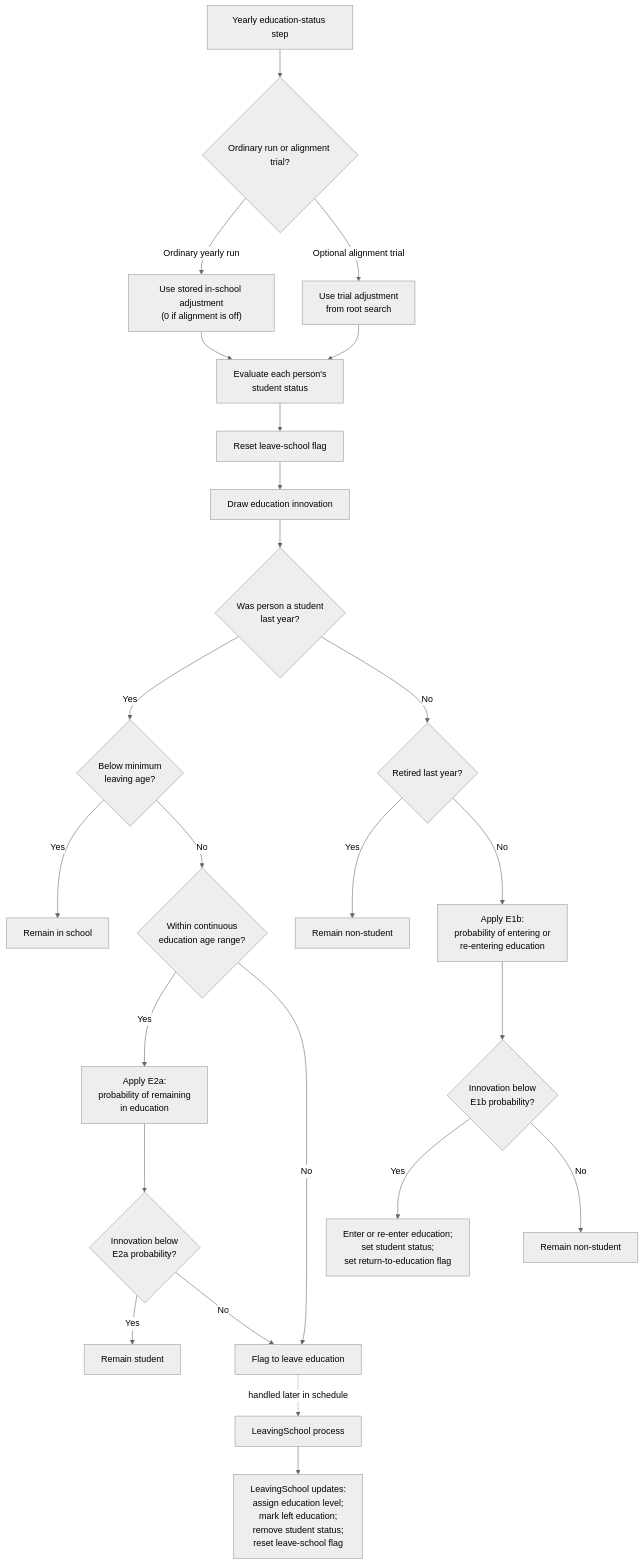
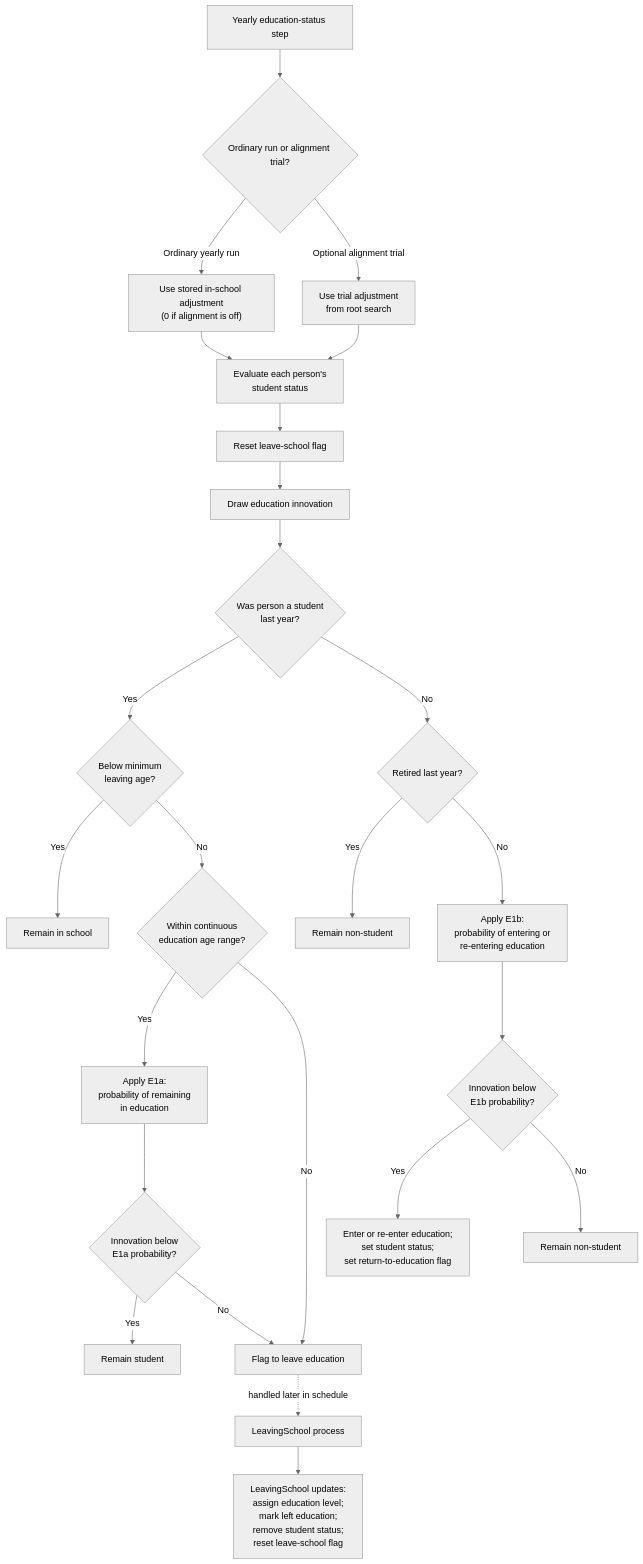
Before and after one commit to centreformicrosimulation/SimPaths: the diagram in documentation/flowcharts/modules/inschool.md, drawn with Mermaid (neutral theme). The commit also changed other lines of this file and 1 other file, not shown here.

````diff
--- a/documentation/flowcharts/modules/inschool.md
+++ b/documentation/flowcharts/modules/inschool.md
@@ -115,31 +115,31 @@
 ```mermaid
 flowchart TD
     A["Yearly education-status step"] --> B{"Ordinary run or alignment trial?"}
     B -- Ordinary yearly run --> C["Use stored in-school adjustment<br/>(0 if alignment is off)"]
     B -- Optional alignment trial --> D["Use trial adjustment<br/>from root search"]
     C --> E["Evaluate each person's<br/>student status"]
     D --> E
 
     E --> F["Reset leave-school flag"]
     F --> G["Draw education innovation"]
     G --> H{"Was person a student<br/>last year?"}
 
     H -- Yes --> I{"Below minimum<br/>leaving age?"}
     I -- Yes --> J["Remain in school"]
     I -- No --> K{"Within continuous<br/>education age range?"}
-    K -- Yes --> M["Apply E2a:<br/>probability of remaining<br/>in education"]
+    K -- Yes --> M["Apply E1a:<br/>probability of remaining<br/>in education"]
     K -- No --> L["Flag to leave education"]
-    M --> N{"Innovation below<br/>E2a probability?"}
+    M --> N{"Innovation below<br/>E1a probability?"}
     N -- Yes --> O["Remain student"]
     N -- No --> L
 
     H -- No --> P{"Retired last year?"}
     P -- Yes --> Q["Remain non-student"]
     P -- No --> R["Apply E1b:<br/>probability of entering or<br/>re-entering education"]
     R --> S{"Innovation below<br/>E1b probability?"}
     S -- Yes --> T["Enter or re-enter education; <br/>set student status; <br/>set return-to-education flag"]
     S -- No --> U["Remain non-student"]
 
     L -. "handled later in schedule" .-> V["LeavingSchool process"]
     V --> W["LeavingSchool updates:<br/>assign education level; <br/>mark left education; <br/>remove student status; <br/>reset leave-school flag"]
 ```
````
